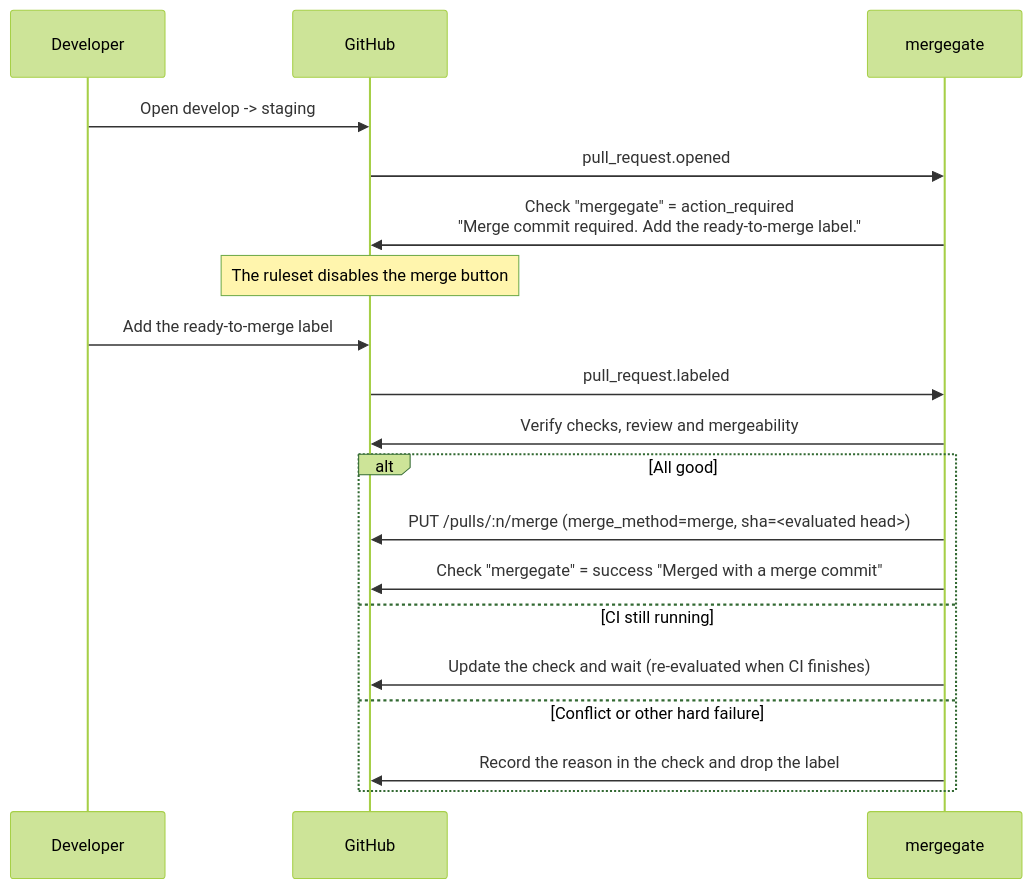
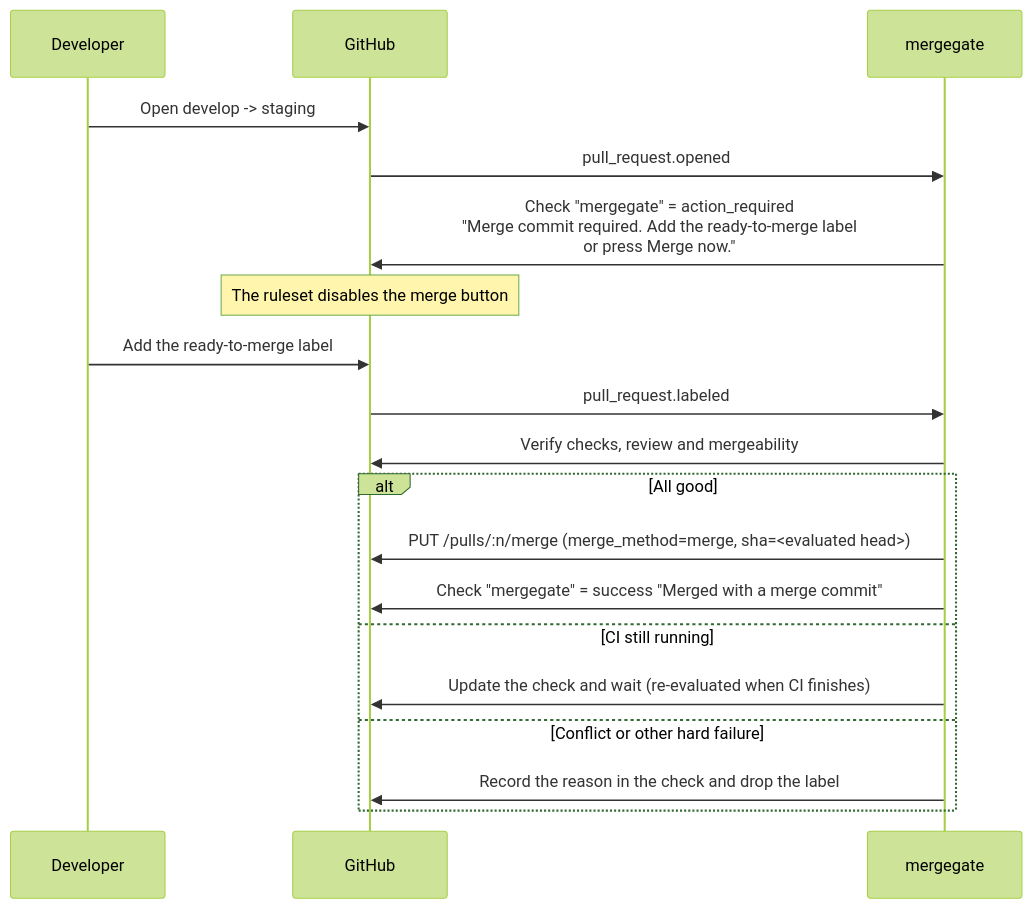
Before and after one commit to siketyan/mergegate: the second of 2 diagrams in README.md, drawn with Mermaid (forest theme). The commit also changed other lines of this file and 17 other files, not shown here.

````diff
--- a/README.md
+++ b/README.md
@@ -111,22 +112,22 @@
 ```mermaid
 sequenceDiagram
     participant Dev as Developer
     participant GH as GitHub
     participant App as mergegate
 
     Dev->>GH: Open develop -> staging
     GH->>App: pull_request.opened
-    App->>GH: Check "mergegate" = action_required<br/>"Merge commit required. Add the ready-to-merge label."
+    App->>GH: Check "mergegate" = action_required<br/>"Merge commit required. Add the ready-to-merge label<br/>or press Merge now."
     Note over GH: The ruleset disables the merge button
     Dev->>GH: Add the ready-to-merge label
     GH->>App: pull_request.labeled
     App->>GH: Verify checks, review and mergeability
     alt All good
         App->>GH: PUT /pulls/:n/merge (merge_method=merge, sha=<evaluated head>)
         App->>GH: Check "mergegate" = success "Merged with a merge commit"
     else CI still running
         App->>GH: Update the check and wait (re-evaluated when CI finishes)
     else Conflict or other hard failure
         App->>GH: Record the reason in the check and drop the label
     end
 ```
````
